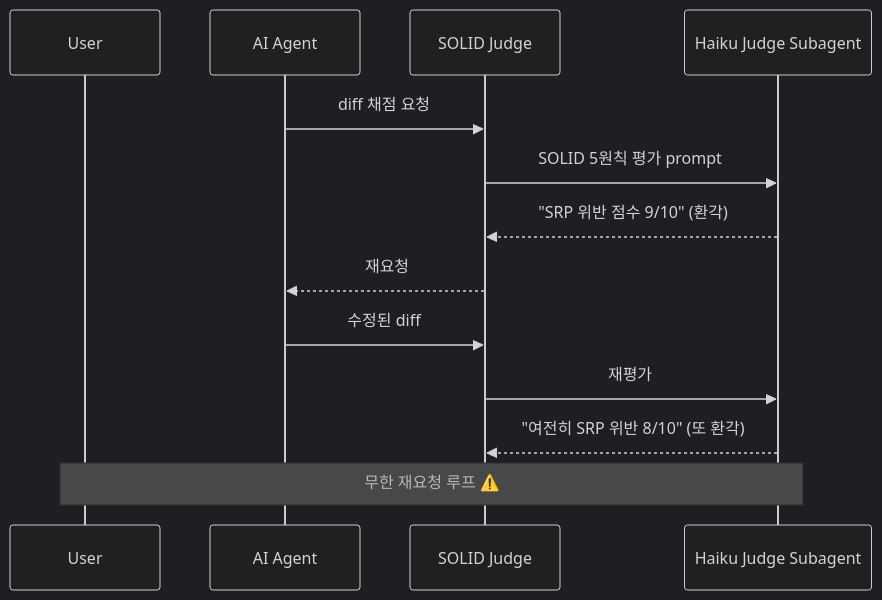
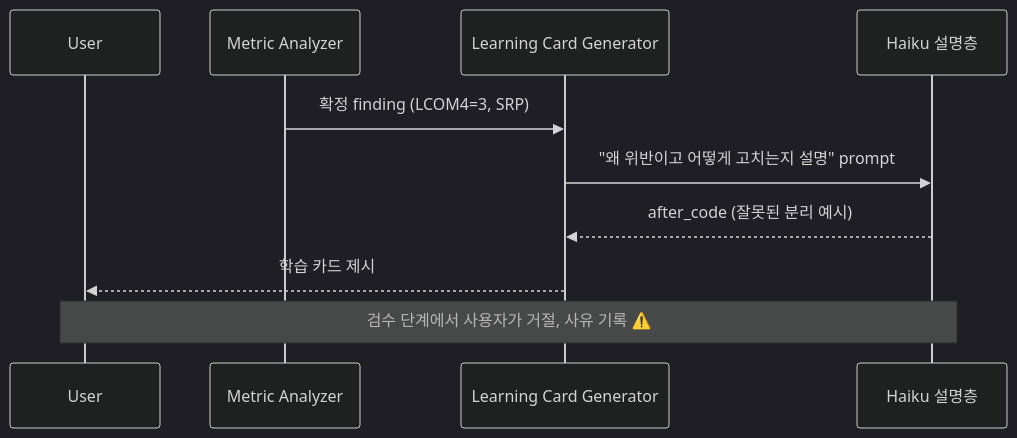
The third of 6 diagrams in docs/REQUIREMENTS.md (YujunOh/NaN-SE), drawn with Mermaid (dark theme) before and after one commit. The commit also changed other lines of this file and 1 other file, not shown here.

````diff
--- a/docs/REQUIREMENTS.md
+++ b/docs/REQUIREMENTS.md
@@ -128,16 +136,13 @@
 ```mermaid
 sequenceDiagram
     participant U as User
-    participant AI as AI Agent
-    participant SJ as SOLID Judge
-    participant LLM as Haiku Judge Subagent
+    participant MA as Metric Analyzer
+    participant LC as Learning Card Generator
+    participant LLM as Haiku 설명층
 
-    AI->>SJ: diff 채점 요청
-    SJ->>LLM: SOLID 5원칙 평가 prompt
-    LLM-->>SJ: "SRP 위반 점수 9/10" (환각)
-    SJ-->>AI: 재요청
-    AI->>SJ: 수정된 diff
-    SJ->>LLM: 재평가
-    LLM-->>SJ: "여전히 SRP 위반 8/10" (또 환각)
-    Note over U,LLM: 무한 재요청 루프 ⚠️
+    MA->>LC: 확정 finding (LCOM4=3, SRP)
+    LC->>LLM: "왜 위반이고 어떻게 고치는지 설명" prompt
+    LLM-->>LC: after_code (잘못된 분리 예시)
+    LC-->>U: 학습 카드 제시
+    Note over U,LLM: 검수 단계에서 사용자가 거절, 사유 기록 ⚠️
 ```
````
